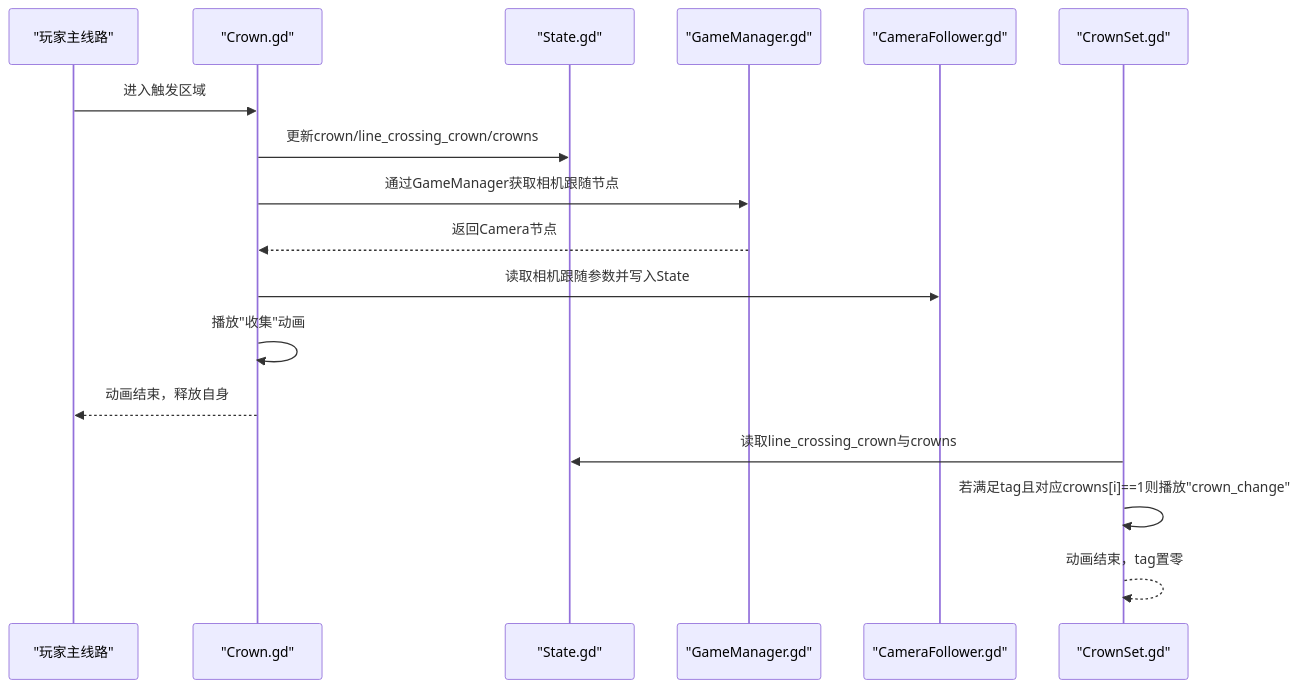
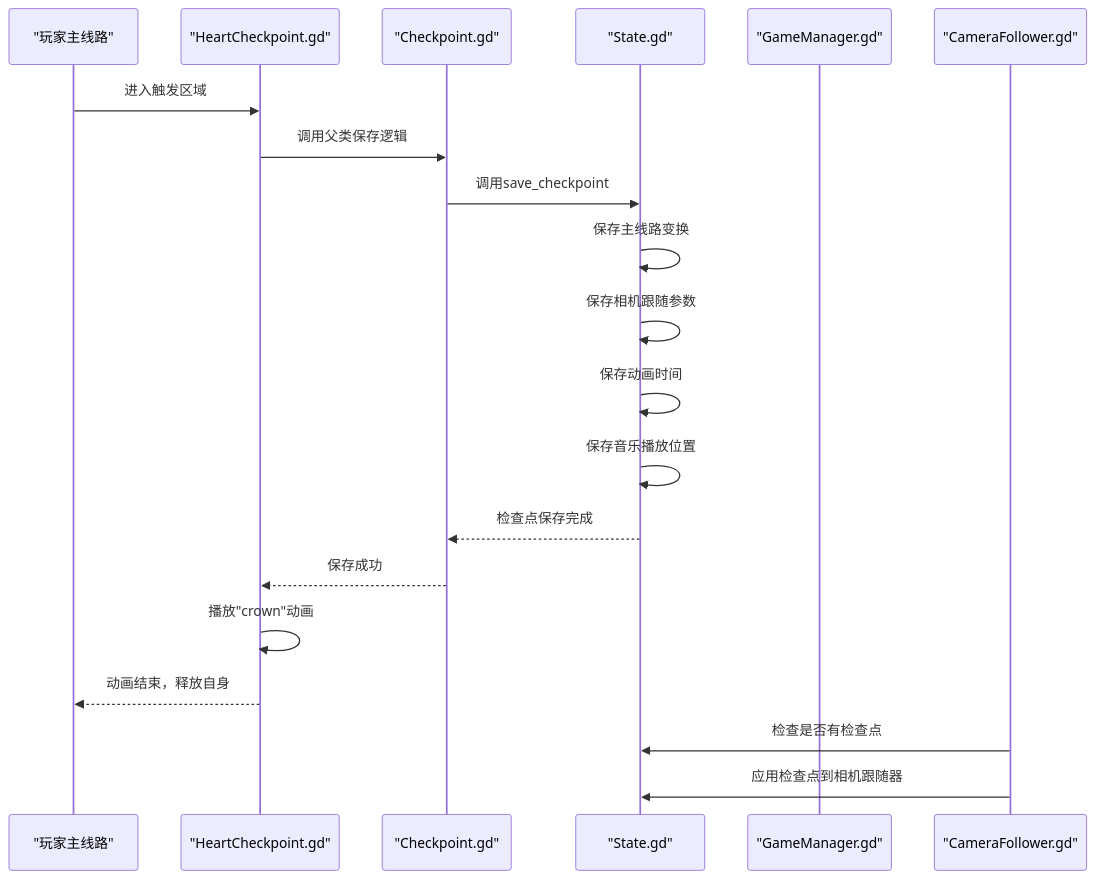
Before and after one commit to godotline/godot-line: the second of 4 diagrams in .qoder/repowiki/zh/content/游戏系统/触发器系统/Crown触发器.md, drawn with Mermaid. The commit also changed other lines of this file and 55 other files, not shown here.

````diff
--- a/.qoder/repowiki/zh/content/游戏系统/触发器系统/Crown触发器.md
+++ b/.qoder/repowiki/zh/content/游戏系统/触发器系统/Crown触发器.md
@@ -142,19 +130,22 @@
 ```mermaid
 sequenceDiagram
 participant Player as "玩家主线路"
-participant Crown as "Crown.gd"
+participant Heart as "HeartCheckpoint.gd"
+participant Check as "Checkpoint.gd"
 participant State as "State.gd"
 participant GameMgr as "GameManager.gd"
 participant Cam as "CameraFollower.gd"
-participant Set as "CrownSet.gd"
-Player->>Crown : 进入触发区域
-Crown->>State : 更新crown/line_crossing_crown/crowns
-Crown->>GameMgr : 通过GameManager获取相机跟随节点
-GameMgr-->>Crown : 返回Camera节点
-Crown->>Cam : 读取相机跟随参数并写入State
-Crown->>Crown : 播放"收集"动画
-Crown-->>Player : 动画结束，释放自身
-Set->>State : 读取line_crossing_crown与crowns
-Set->>Set : 若满足tag且对应crowns[i]==1则播放"crown_change"
-Set-->>Set : 动画结束，tag置零
+Player->>Heart : 进入触发区域
+Heart->>Check : 调用父类保存逻辑
+Check->>State : 调用save_checkpoint
+State->>State : 保存主线路变换
+State->>State : 保存相机跟随参数
+State->>State : 保存动画时间
+State->>State : 保存音乐播放位置
+State-->>Check : 检查点保存完成
+Check-->>Heart : 保存成功
+Heart->>Heart : 播放"crown"动画
+Heart-->>Player : 动画结束，释放自身
+Cam->>State : 检查是否有检查点
+Cam->>State : 应用检查点到相机跟随器
 ```
````
